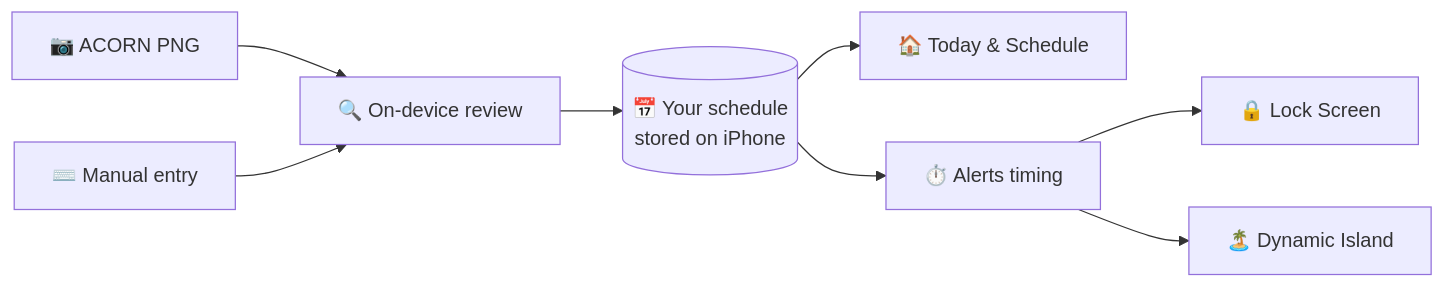
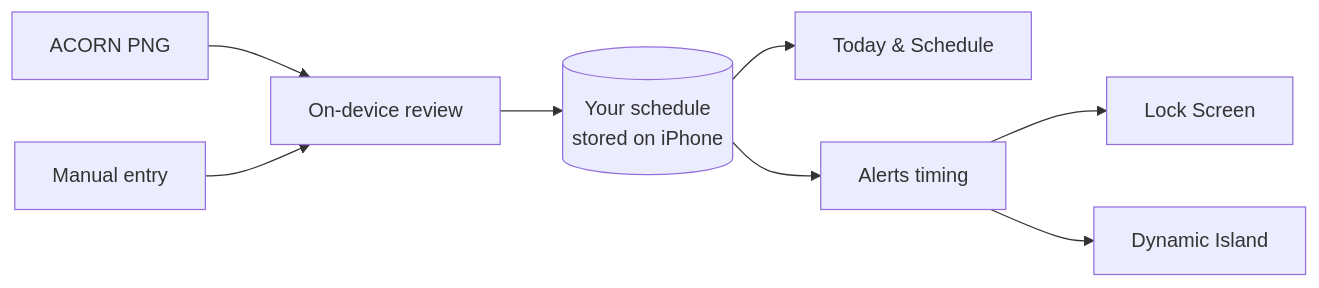
One commit to mijnap1/UTime changed the first of 3 diagrams in README.md. Above: the diagram before and after it, drawn with Mermaid. The commit also changed other lines of this file and 1 other file, not shown here.

````diff
--- a/README.md
+++ b/README.md
@@ -46,10 +46,10 @@
 ```mermaid
 flowchart LR
-    A["📷 ACORN PNG"] --> C["🔍 On-device review"]
-    B["⌨️ Manual entry"] --> C
-    C --> D[("📅 Your schedule<br/>stored on iPhone")]
-    D --> E["🏠 Today & Schedule"]
-    D --> F["⏱️ Alerts timing"]
-    F --> G["🔒 Lock Screen"]
-    F --> H["🏝️ Dynamic Island"]
+    A["ACORN PNG"] --> C["On-device review"]
+    B["Manual entry"] --> C
+    C --> D[("Your schedule<br/>stored on iPhone")]
+    D --> E["Today & Schedule"]
+    D --> F["Alerts timing"]
+    F --> G["Lock Screen"]
+    F --> H["Dynamic Island"]
 ```
````
